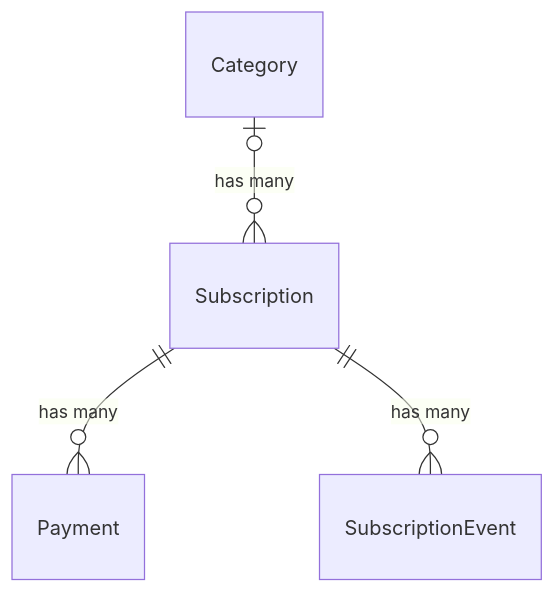
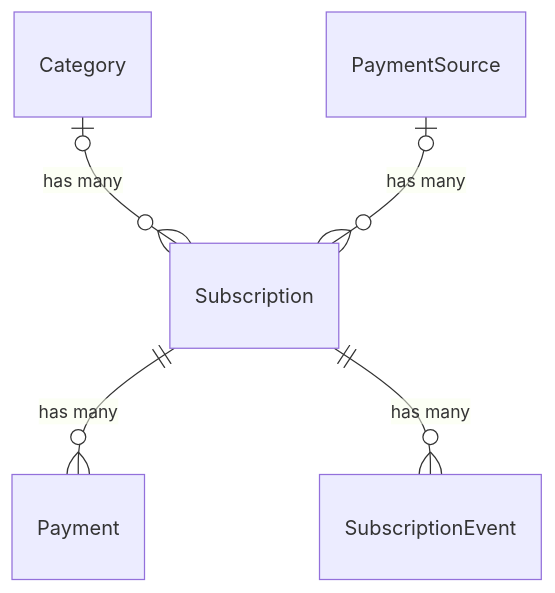
The diagram in docs/src/content/docs/architecture/domain-model.md (gubler/obol), drawn with Mermaid before and after one commit. The commit also changed other lines of this file and 84 other files, not shown here.

````diff
--- a/docs/src/content/docs/architecture/domain-model.md
+++ b/docs/src/content/docs/architecture/domain-model.md
@@ -134,6 +149,7 @@
 ```mermaid
 erDiagram
     Category |o--o{ Subscription : "has many"
+    PaymentSource |o--o{ Subscription : "has many"
     Subscription ||--o{ Payment : "has many"
     Subscription ||--o{ SubscriptionEvent : "has many"
 ```
````
